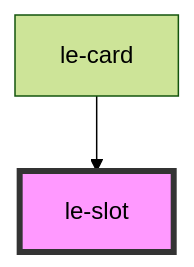
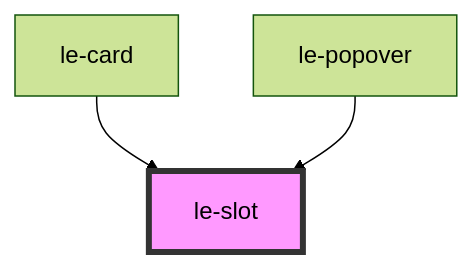
The diagram in src/components/le-slot/readme.md (leechy/le-kit), drawn with Mermaid (forest theme) before and after one commit. The commit also changed other lines of this file and 14 other files, not shown here.

````diff
--- a/src/components/le-slot/readme.md
+++ b/src/components/le-slot/readme.md
@@ -43,5 +53,6 @@
 ```mermaid
 graph TD;
   le-card --> le-slot
+  le-popover --> le-slot
   style le-slot fill:#f9f,stroke:#333,stroke-width:4px
 ```
````
